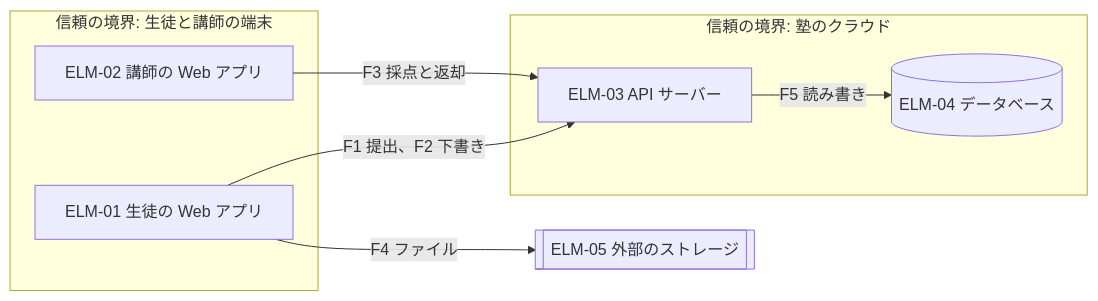
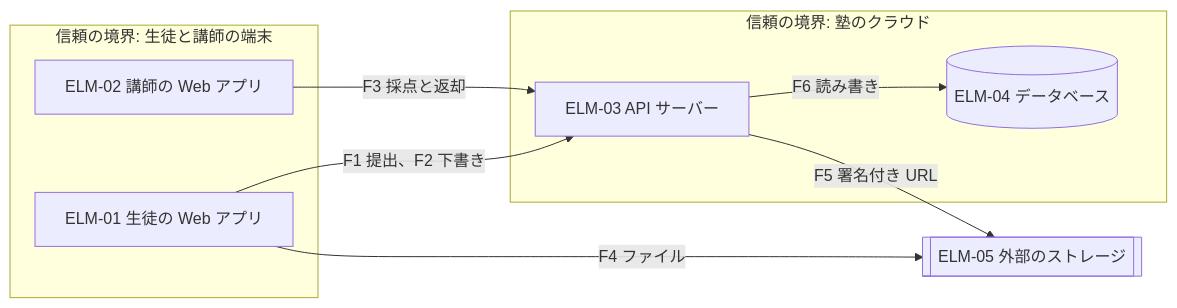
Before and after one commit to Taro000/chain-summary-html: the first of 5 diagrams in skills/design-summary-html/evals/homework-service-stage2/files/docs/design/2-architecture.md, drawn with Mermaid. The commit also changed other lines of this file and 1073 other files, not shown here.

````diff
--- a/skills/design-summary-html/evals/homework-service-stage2/files/docs/design/2-architecture.md
+++ b/skills/design-summary-html/evals/homework-service-stage2/files/docs/design/2-architecture.md
@@ -49,16 +53,17 @@
 ```mermaid
 flowchart LR
   subgraph tdev["信頼の境界: 生徒と講師の端末"]
     sa["ELM-01 生徒の Web アプリ"]
     ta["ELM-02 講師の Web アプリ"]
   end
   subgraph tsys["信頼の境界: 塾のクラウド"]
     api["ELM-03 API サーバー"]
     db[("ELM-04 データベース")]
   end
   os[["ELM-05 外部のストレージ"]]
-  sa -->|"F1 提出、F2 下書き"| api
-  ta -->|"F3 採点と返却"| api
-  sa -->|"F4 ファイル"| os
-  api -->|"F5 読み書き"| db
+  sa -->|F1 提出、F2 下書き| api
+  ta -->|F3 採点と返却| api
+  sa -->|F4 ファイル| os
+  api -->|F5 署名付き URL| os
+  api -->|F6 読み書き| db
 ```
````
